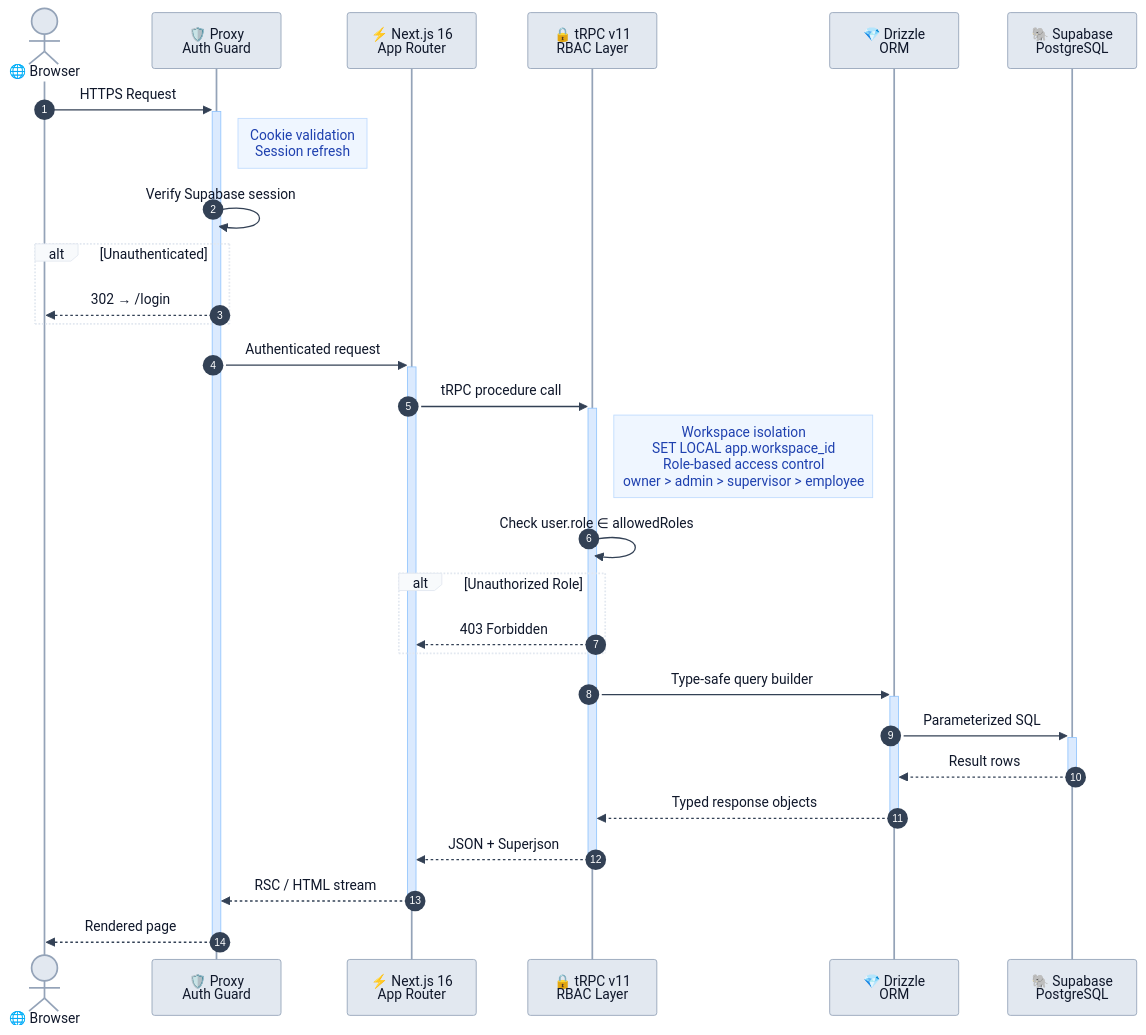
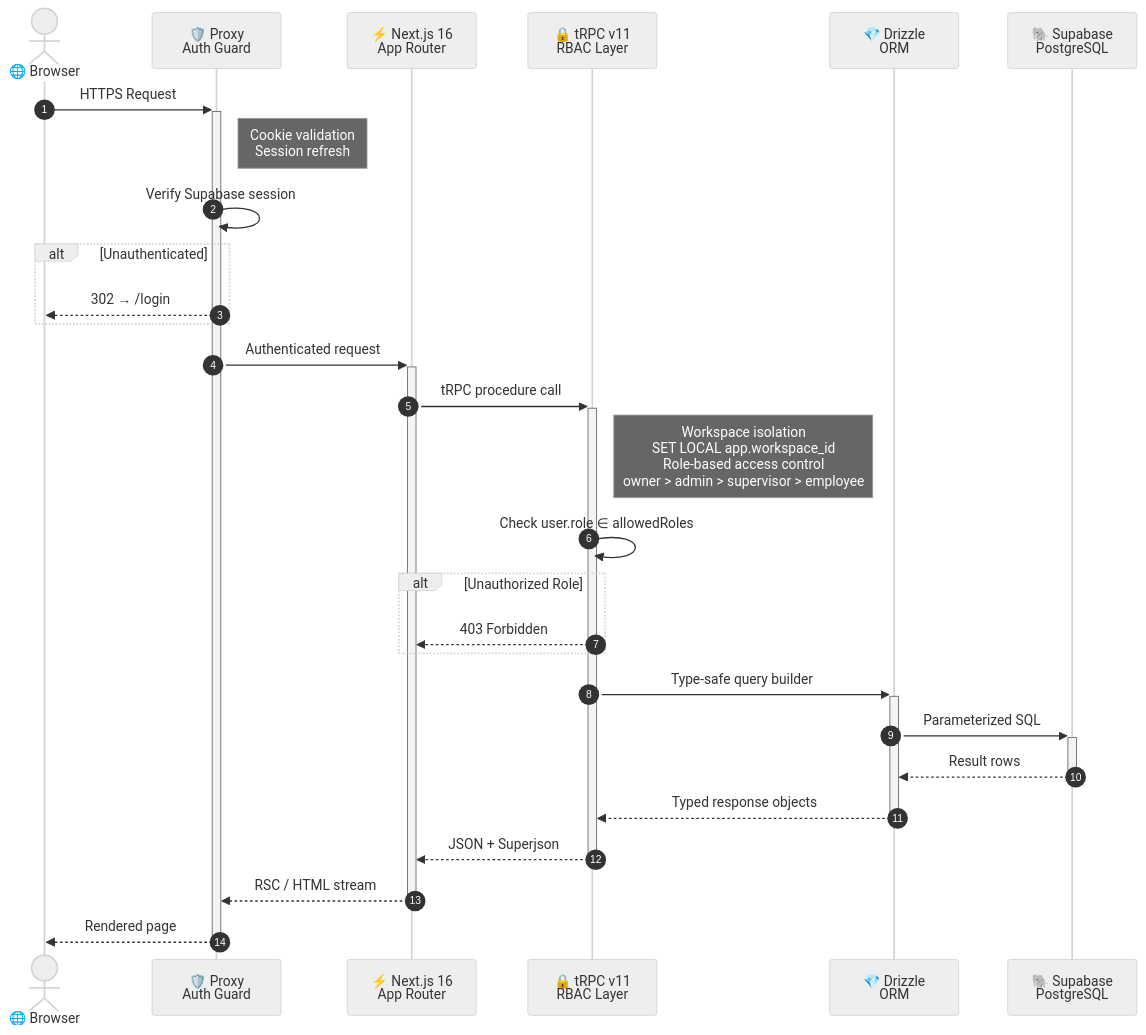
Before and after one commit to jesusjosezapata99-jpg/Cendaro: the second of 9 diagrams in README.md, drawn with Mermaid. The commit also changed other lines of this file and 15 other files, not shown here.

Commit message:
feat: implement security hardening with rate limiting, auth guards, and shared validation schemas

````diff
--- a/README.md
+++ b/README.md
@@ -95,40 +102,40 @@
 ```mermaid
-%%{init: {'theme': 'base', 'themeVariables': {'primaryColor': '#2463eb', 'actorTextColor': '#0f172a', 'actorBkg': '#e2e8f0', 'actorBorder': '#94a3b8', 'signalColor': '#334155', 'signalTextColor': '#0f172a', 'labelBoxBkgColor': '#f8fafc', 'labelBoxBorderColor': '#e2e8f0', 'noteBkgColor': '#eff6ff', 'noteBorderColor': '#bfdbfe', 'noteTextColor': '#1e40af', 'activationBkgColor': '#dbeafe', 'activationBorderColor': '#93c5fd', 'sequenceNumberColor': '#fff', 'fontSize': '13px'}}}%%
+%%{init: {'theme': 'neutral', 'themeVariables': {'fontSize': '13px'}}}%%
 
 sequenceDiagram
   autonumber
 
   actor U as 🌐 Browser
   participant P as 🛡️ Proxy<br/>Auth Guard
   participant N as ⚡ Next.js 16<br/>App Router
   participant T as 🔒 tRPC v11<br/>RBAC Layer
   participant D as 💎 Drizzle<br/>ORM
   participant S as 🐘 Supabase<br/>PostgreSQL
 
   U->>+P: HTTPS Request
   Note right of P: Cookie validation<br/>Session refresh
   P->>P: Verify Supabase session
 
   alt Unauthenticated
     P-->>U: 302 → /login
   end
 
   P->>+N: Authenticated request
   N->>+T: tRPC procedure call
 
   Note right of T: Workspace isolation<br/>SET LOCAL app.workspace_id<br/>Role-based access control<br/>owner > admin > supervisor > employee
 
   T->>T: Check user.role ∈ allowedRoles
 
   alt Unauthorized Role
     T-->>N: 403 Forbidden
   end
 
   T->>+D: Type-safe query builder
   D->>+S: Parameterized SQL
   S-->>-D: Result rows
   D-->>-T: Typed response objects
   T-->>-N: JSON + Superjson
   N-->>-P: RSC / HTML stream
   P-->>-U: Rendered page
 ```
````
